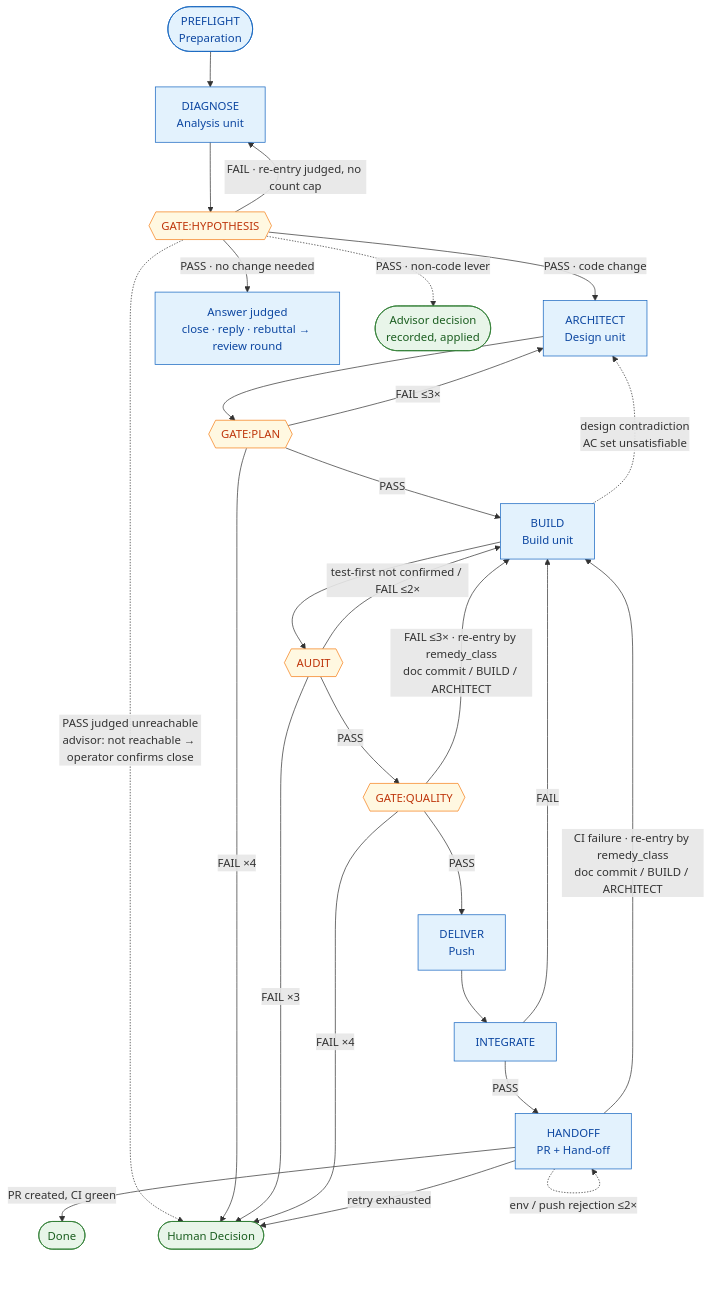
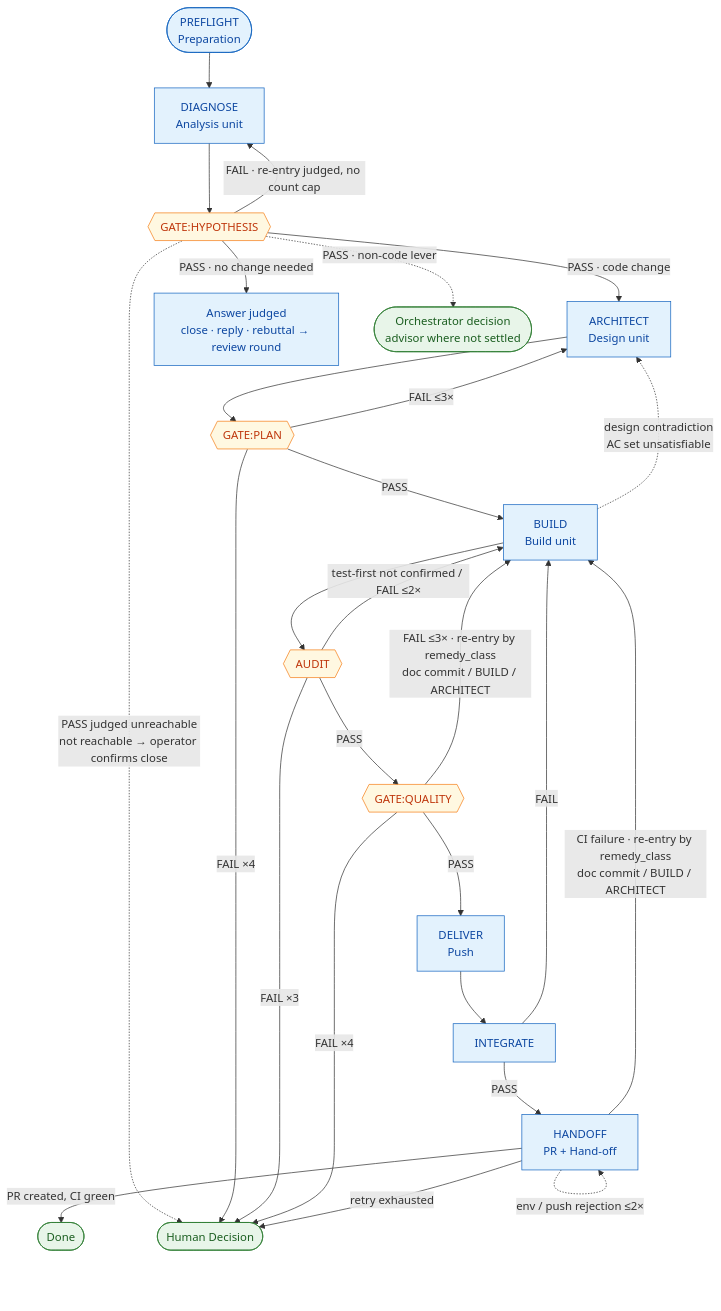
Before and after one commit to Munsik-Park/autoflow: the diagram in docs/autoflow-guide.md, drawn with Mermaid. The commit also changed other lines of this file and 12 other files, not shown here.

First line of the commit message:
docs(#452): the other decision-point categories are judged by the orchestrator first

````diff
--- a/docs/autoflow-guide.md
+++ b/docs/autoflow-guide.md
@@ -52,49 +52,49 @@
 ```mermaid
 flowchart TD
     PRE([PREFLIGHT<br/>Preparation]):::phase
     DIA[DIAGNOSE<br/>Analysis unit]:::phase
     HYP{{GATE:HYPOTHESIS}}:::gate
     ARC[ARCHITECT<br/>Design unit]:::phase
     PLAN{{GATE:PLAN}}:::gate
     BLD[BUILD<br/>Build unit]:::phase
     AUD{{AUDIT}}:::gate
     QUAL{{GATE:QUALITY}}:::gate
     DEL[DELIVER<br/>Push]:::phase
     INT[INTEGRATE]:::phase
     HAND[HANDOFF<br/>PR + Hand-off]:::phase
     ANS[Answer judged<br/>close · reply · rebuttal → review round]:::phase
     DONE([Done]):::terminal
     HUMAN([Human Decision]):::terminal
-    ADV([Advisor decision<br/>recorded, applied]):::terminal
+    ADV([Orchestrator decision<br/>advisor where not settled]):::terminal
 
     PRE --> DIA
     DIA --> HYP
     HYP -->|PASS · no change needed| ANS
     HYP -.->|PASS · non-code lever| ADV
     HYP -->|PASS · code change| ARC
     HYP -->|FAIL · re-entry judged, no count cap| DIA
-    HYP -.->|PASS judged unreachable<br/>advisor: not reachable → operator confirms close| HUMAN
+    HYP -.->|PASS judged unreachable<br/>not reachable → operator confirms close| HUMAN
     ARC --> PLAN
     PLAN -->|PASS| BLD
     PLAN -->|FAIL ≤3×| ARC
     PLAN -->|FAIL ×4| HUMAN
     BLD --> AUD
     BLD -.->|design contradiction<br/>AC set unsatisfiable| ARC
     AUD -->|test-first not confirmed / FAIL ≤2×| BLD
     AUD -->|FAIL ×3| HUMAN
     AUD -->|PASS| QUAL
     QUAL -->|PASS| DEL
     QUAL -->|FAIL ≤3× · re-entry by remedy_class<br/>doc commit / BUILD / ARCHITECT| BLD
     QUAL -->|FAIL ×4| HUMAN
     DEL --> INT
     INT -->|FAIL| BLD
     INT -->|PASS| HAND
     HAND -.->|env / push rejection ≤2×| HAND
     HAND -->|CI failure · re-entry by remedy_class<br/>doc commit / BUILD / ARCHITECT| BLD
     HAND -->|retry exhausted| HUMAN
     HAND -->|PR created, CI green| DONE
 
     classDef phase fill:#e3f2fd,stroke:#1565c0,color:#0d47a1
     classDef gate fill:#fff8e1,stroke:#f57f17,color:#bf360c
     classDef terminal fill:#e8f5e9,stroke:#2e7d32,color:#1b5e20
 ```
````
